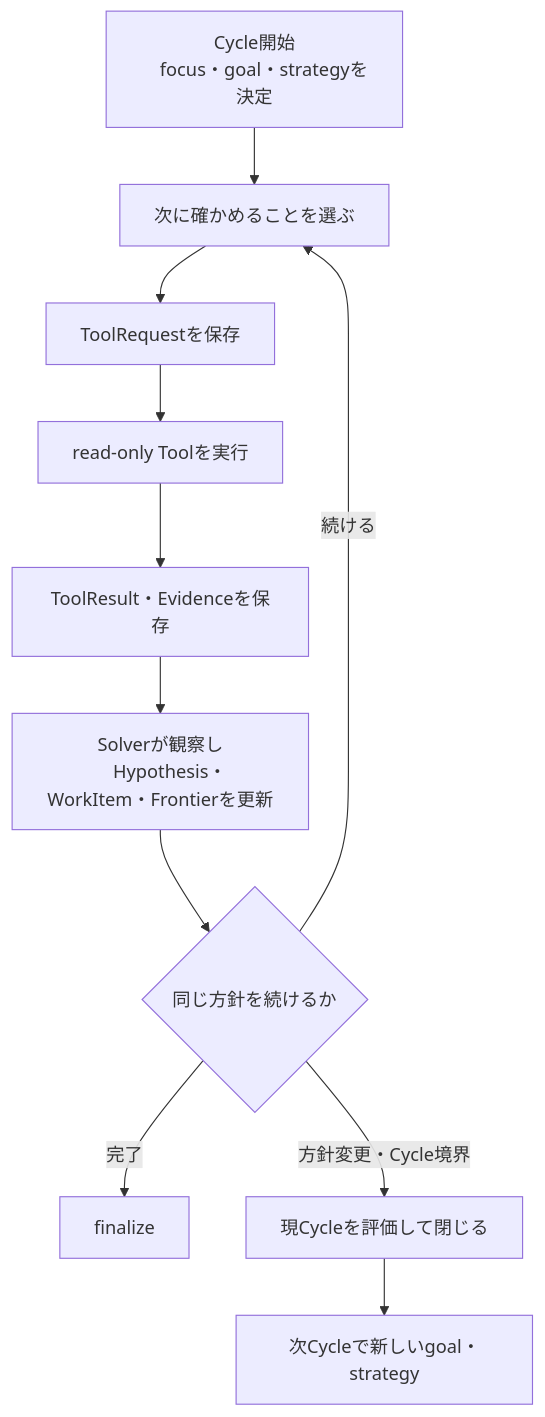
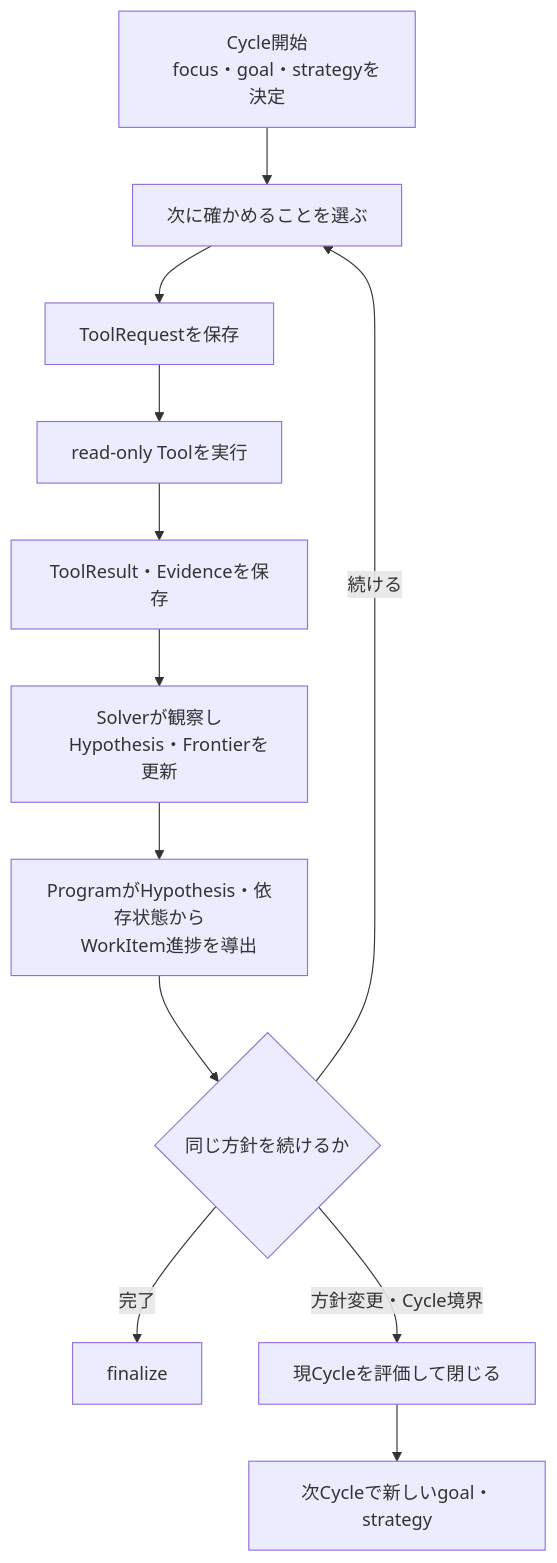
The fifth of 12 diagrams in docs/generic_iterative_agent_framework_plan_visual.md (Noriaki-4/local-rag-poc-law), drawn with Mermaid before and after one commit. The commit also changed 83 other files, not shown here.

````diff
--- a/docs/generic_iterative_agent_framework_plan_visual.md
+++ b/docs/generic_iterative_agent_framework_plan_visual.md
@@ -120,15 +120,17 @@
 ```mermaid
 flowchart TD
     A[Cycle開始
     focus・goal・strategyを決定] --> B[次に確かめることを選ぶ]
     B --> C[ToolRequestを保存]
     C --> D[read-only Toolを実行]
     D --> E[ToolResult・Evidenceを保存]
     E --> F[Solverが観察し
-    Hypothesis・WorkItem・Frontierを更新]
-    F --> G{同じ方針を続けるか}
+    Hypothesis・Frontierを更新]
+    F --> F2[ProgramがHypothesis・依存状態から
+    WorkItem進捗を導出]
+    F2 --> G{同じ方針を続けるか}
     G -->|続ける| B
     G -->|完了| H[finalize]
     G -->|方針変更・Cycle境界| I[現Cycleを評価して閉じる]
     I --> J[次Cycleで新しいgoal・strategy]
 ```
````
